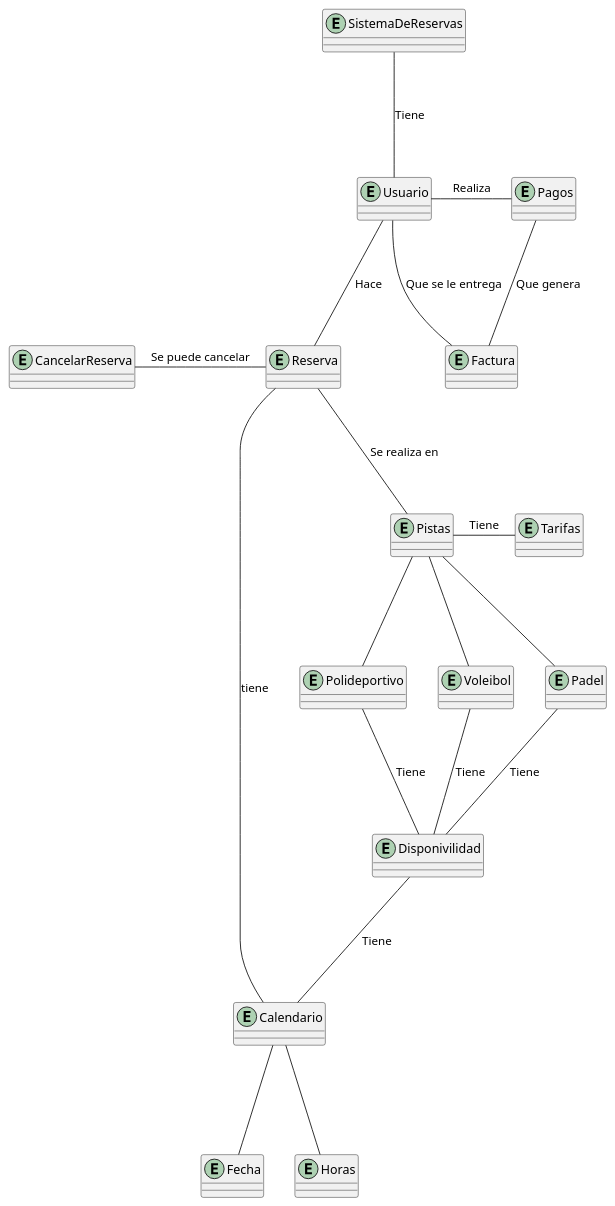
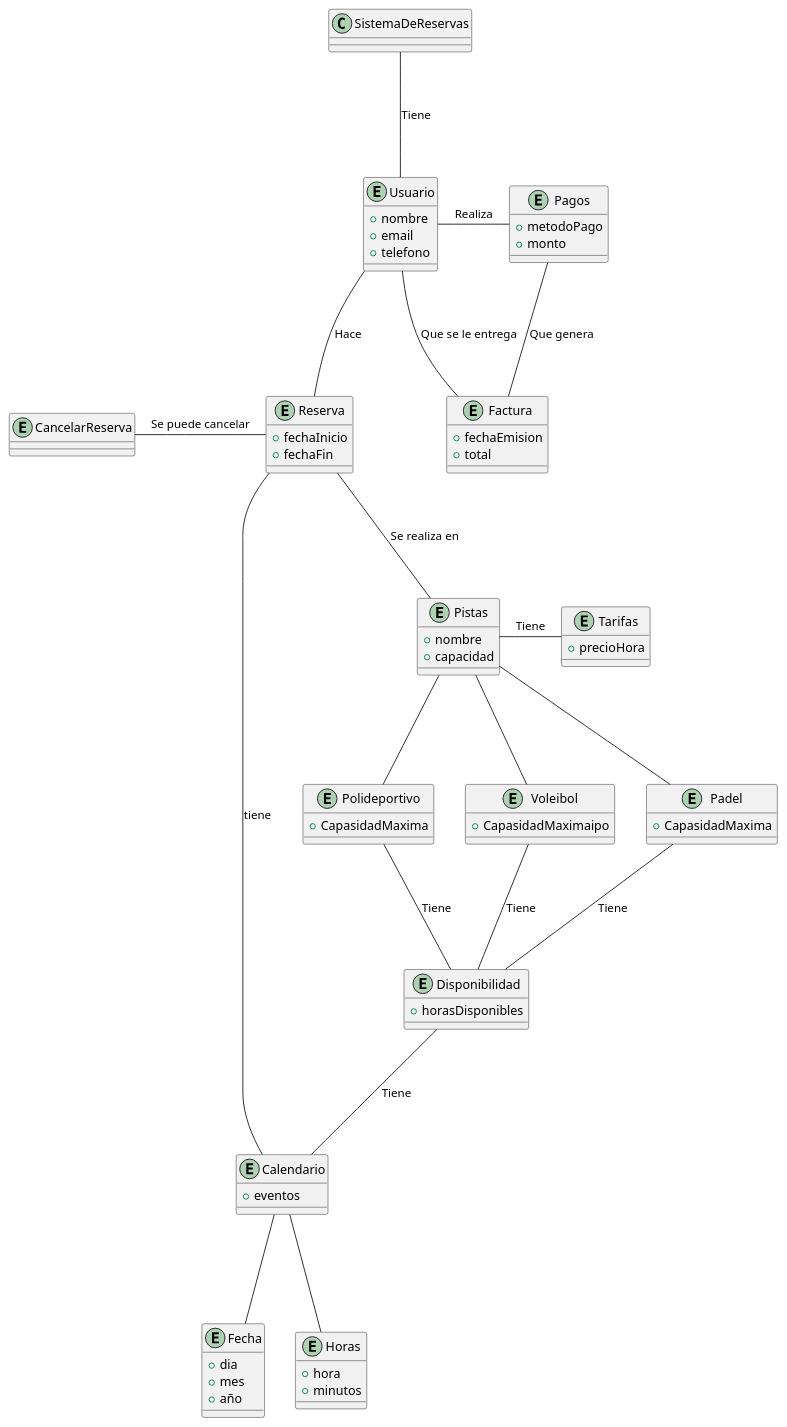
The diagram in Grupo_3/borradores_puml/modeloDeDominio-AlejandroRubio.puml (pablarce/23-24-IdSw1-SDR), drawn with PlantUML before and after one commit. The commit also changed 1 other file, not shown here.

```diff
--- a/Grupo_3/borradores_puml/modeloDeDominio-AlejandroRubio.puml
+++ b/Grupo_3/borradores_puml/modeloDeDominio-AlejandroRubio.puml
@@ -1,37 +1,86 @@
 @startuml
-Entity SistemaDeReservas
-Entity Pistas
-Entity Padel
-Entity Polideportivo
-Entity Voleibol
-Entity Calendario
-Entity Usuario
-Entity Pagos
-Entity Factura
-Entity Tarifas
-Entity Disponivilidad
-Entity Reserva
-Entity CancelarReserva
-Entity Fecha
-Entity Horas
+entity Pistas {
+  + nombre
+  + capacidad
+}
+
+entity Padel {
+  + CapasidadMaxima
+}
+
+entity Polideportivo {
+  + CapasidadMaxima
+}
+
+entity Voleibol {
+  + CapasidadMaximaipo
+}
+
+entity Calendario {
+  + eventos
+}
+
+entity Usuario {
+  + nombre
+  + email
+  + telefono
+}
+
+entity Pagos {
+  + metodoPago
+  + monto
+}
+
+entity Factura {
+  + fechaEmision
+  + total
+}
+
+entity Tarifas {
+  + precioHora
+}
+
+entity Disponibilidad {
+  + horasDisponibles
+}
+
+entity Reserva {
+  + fechaInicio
+  + fechaFin
+}
+
+entity CancelarReserva {
+}
+
+entity Fecha {
+  + dia
+  + mes
+  + año
+}
+
+entity Horas {
+  + hora
+  + minutos
+}
+
 
 
 SistemaDeReservas --- Usuario: Tiene
 Usuario --- Reserva: Hace
 Reserva -L- Calendario: tiene
 Usuario -R- Pagos: Realiza
 Pagos --- Factura: Que genera 
 Factura --- Usuario: Que se le entrega
 Reserva --- Pistas: Se realiza en
 Reserva -L- CancelarReserva: Se puede cancelar
 Pistas--- Padel
 Pistas--- Polideportivo
 Pistas--- Voleibol
 Pistas -R- Tarifas: Tiene
-Voleibol --- Disponivilidad: Tiene
-Polideportivo --- Disponivilidad: Tiene
-Padel --- Disponivilidad: Tiene
-Disponivilidad--- Calendario: Tiene
+Voleibol --- Disponibilidad: Tiene
+Polideportivo --- Disponibilidad: Tiene
+Padel --- Disponibilidad: Tiene
+Disponibilidad--- Calendario: Tiene
 Calendario --- Fecha
 Calendario --- Horas
 @enduml
```
